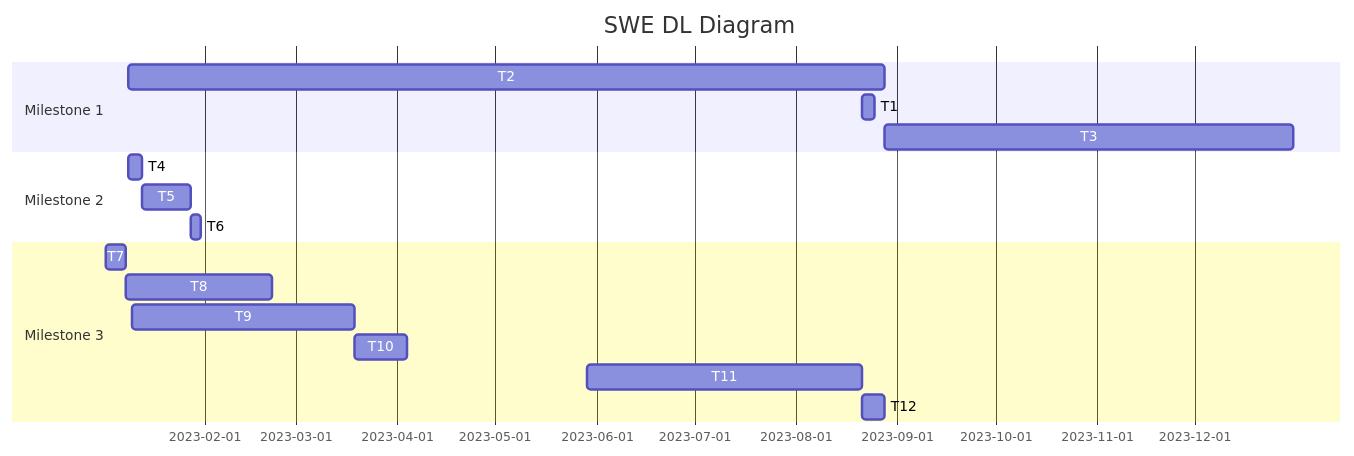
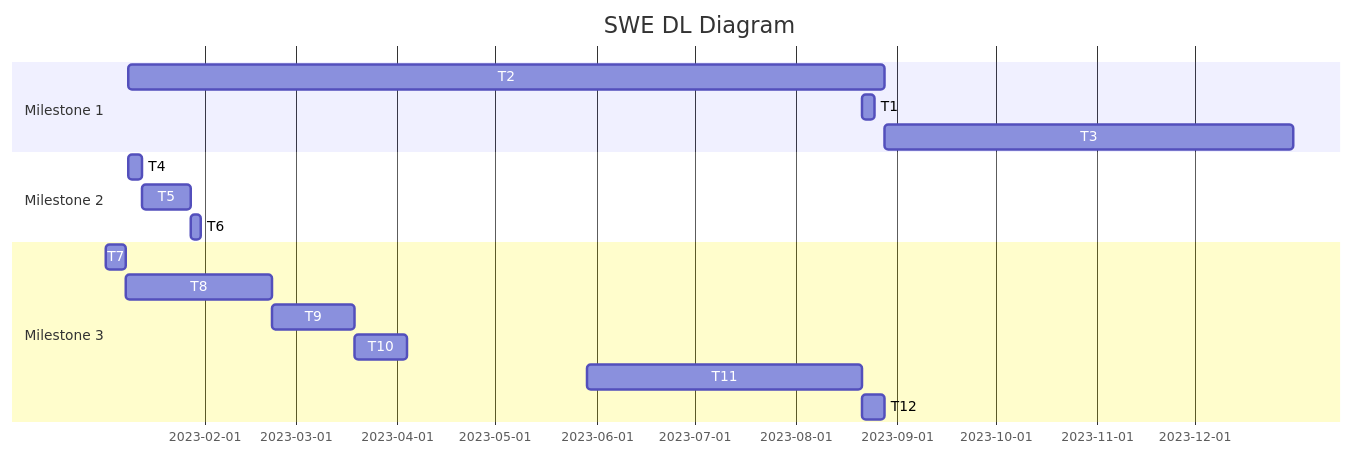
Before and after one commit to timothyoei/deliberate-learning2: the first of 2 diagrams in README.md, drawn with Mermaid.

Commit message:
Updated roadmap dates

````diff
--- a/README.md
+++ b/README.md
@@ -14,20 +14,20 @@
 ```mermaid
 gantt
   title SWE DL Diagram
   dateFormat MM-DD-YYYY
   section Milestone 1
     T2: a1, 01-09-2023, 08-28-2023
     T1: a2, 08-21-2023, 08-25-2023
     T3: a3, after a1, 12-31-2023
   section Milestone 2
     T4: b1, 01-09-2023, 01-13-2023
     T5: b2, after b1, 01-28-2023
     T6: b3, after b2, 01-31-2023
   section Milestone 3
     T7: c1, 01-02-2023, 01-08-2023
     T8: c2, after c1, 02-22-2023
-    T9: c3, after 2, 03-19-2023
+    T9: c3, after c2, 03-19-2023
     T10: c4, after c3, 04-04-2023
     T11: c5, 05-29-2023, 08-21-2023
     T12: c6, after c5, 08-28-2023
 ```
````
